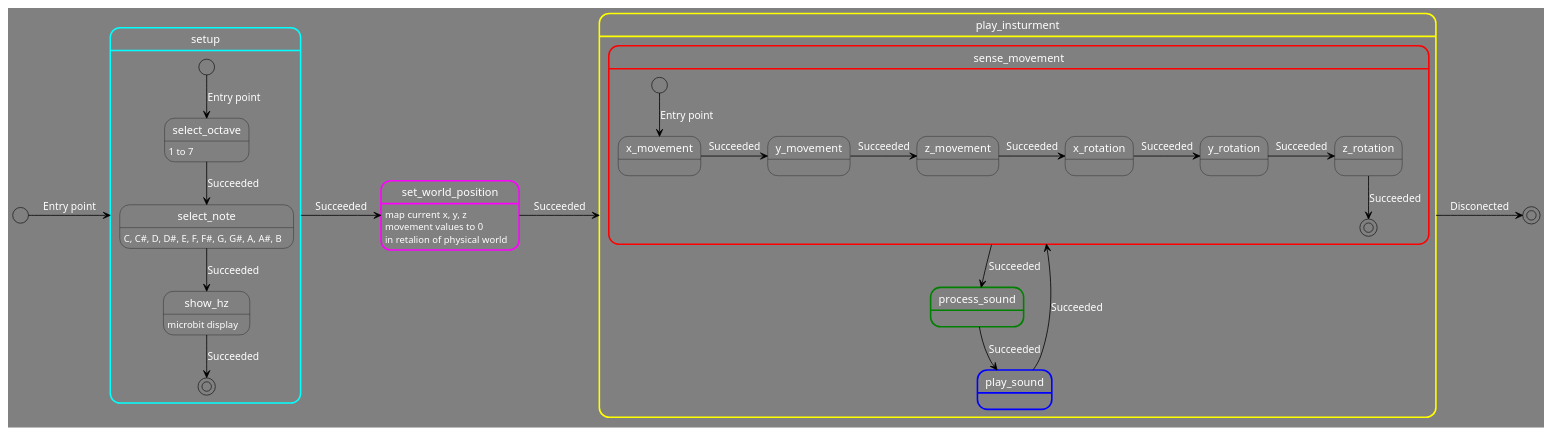
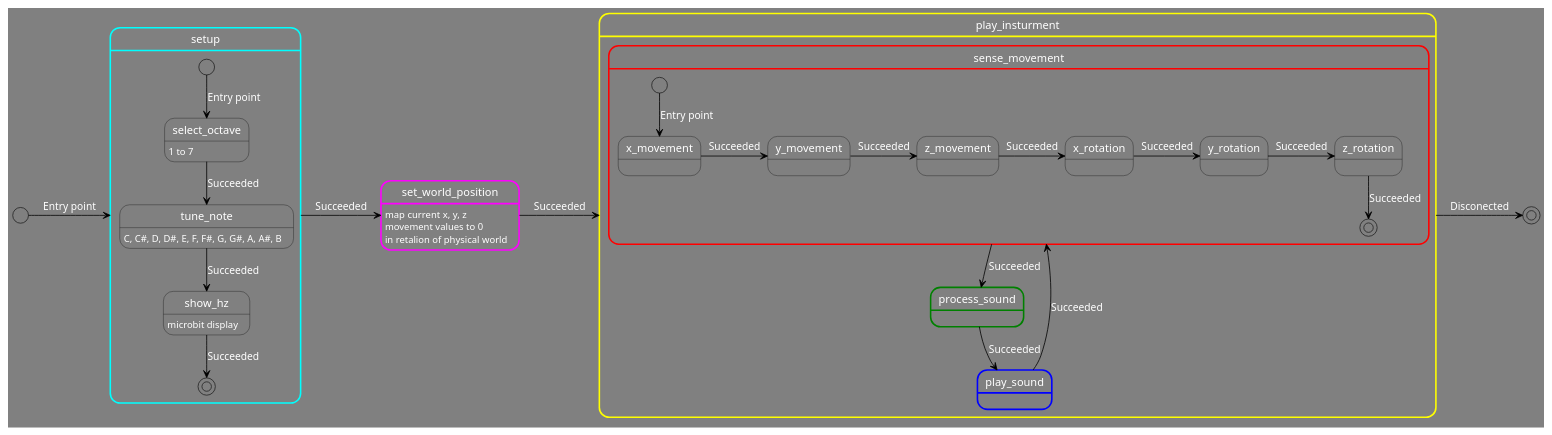
Before and after one commit to jfUPB/bitacorassfi12024-10-LemurWater: the diagram in Unidad3/puml/state_machine.puml, drawn with PlantUML.

Commit message:
tune_note

```diff
--- a/Unidad3/puml/state_machine.puml
+++ b/Unidad3/puml/state_machine.puml
@@ -1,69 +1,69 @@
 @startuml
 
 scale 1920 width
 
 <style>
 stateDiagram {
   BackgroundColor grey
   'LineColor white
   FontName Impact
   FontColor white
   arrow {
     FontSize 13
     LineColor black
   }
 }
 </style>
 
 
 
 [*] -> setup : Entry point
 
 state setup ##[bold]cyan {
  [*] --> select_octave : Entry point
  select_octave: 1 to 7
- select_octave --> select_note : Succeeded
- select_note: C, C#, D, D#, E, F, F#, G, G#, A, A#, B
- select_note --> show_hz : Succeeded
+ select_octave --> tune_note : Succeeded
+ tune_note: C, C#, D, D#, E, F, F#, G, G#, A, A#, B
+ tune_note --> show_hz : Succeeded
  show_hz: microbit display
  show_hz --> [*] : Succeeded
 }
 setup -> set_world_position : Succeeded
 
 
 state set_world_position ##[bold]magenta {
  set_world_position: map current x, y, z
  set_world_position: movement values to 0
  set_world_position: in retalion of physical world
 }
 set_world_position -> play_insturment : Succeeded
 
 
 
 state play_insturment ##[bold]yellow {
  state sense_movement ##[bold]red {
   [*] --> x_movement : Entry point
   x_movement -> y_movement: Succeeded
   y_movement -> z_movement: Succeeded
   z_movement -> x_rotation: Succeeded
   x_rotation -> y_rotation: Succeeded
   y_rotation -> z_rotation: Succeeded
   z_rotation --> [*]: Succeeded
  }
  sense_movement --> process_sound : Succeeded
  
 
 state process_sound ##[bold]green {
  }
  process_sound --> play_sound : Succeeded
  
 
 
 state play_sound ##[bold]blue {
  }
  play_sound --> sense_movement: Succeeded
 }
 
 play_insturment -> [*] : Disconected
 
 @enduml
```
